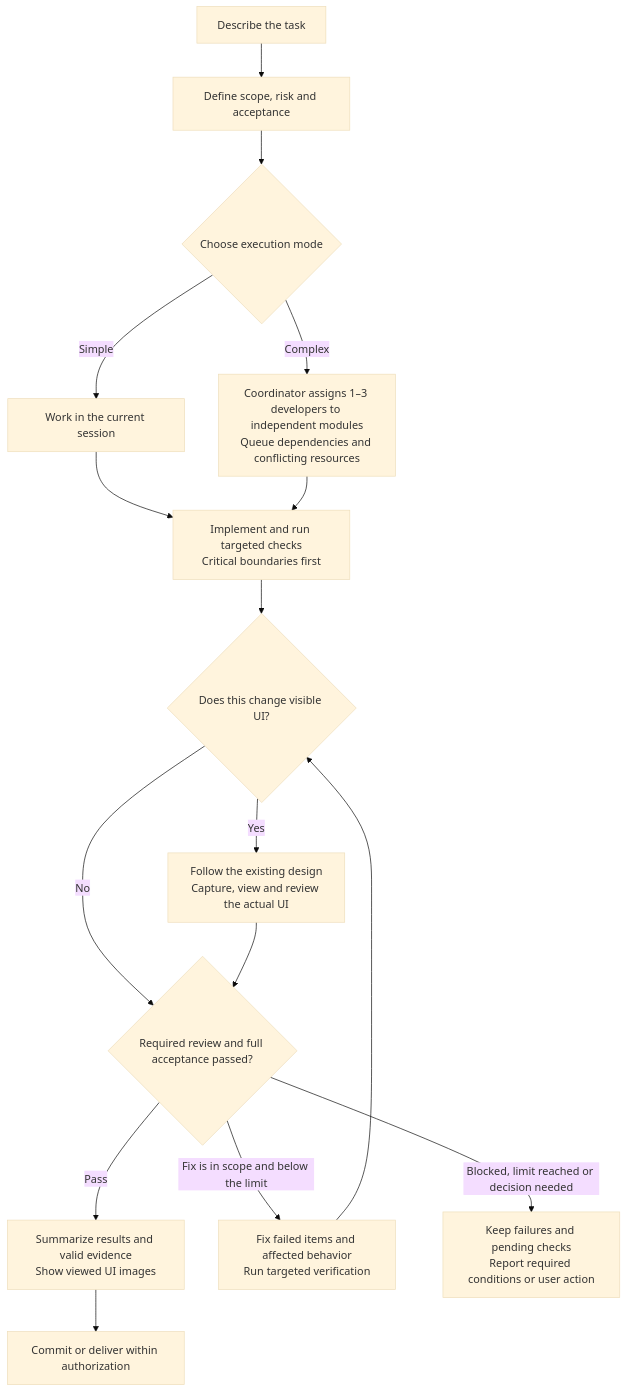
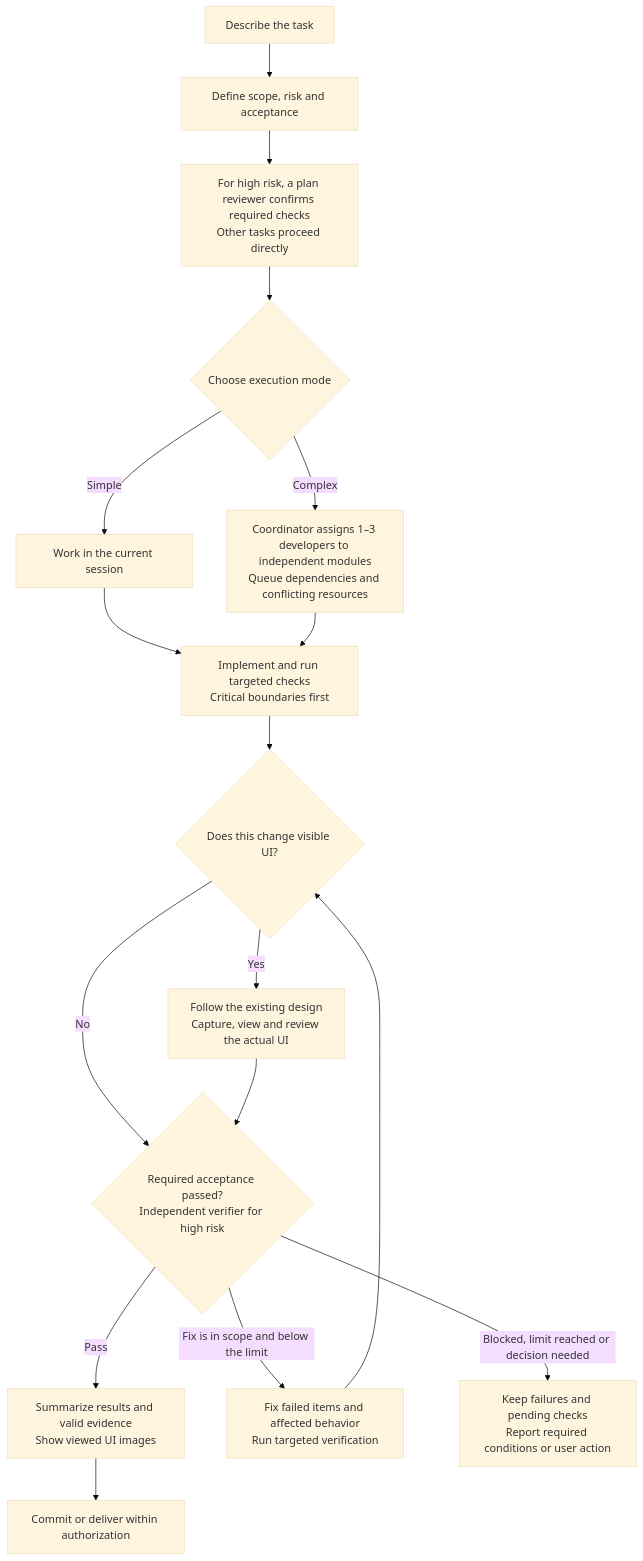
One commit to wzm111/pipeline-standard changed the first of 2 diagrams in docs/README.en.md. Above: the diagram before and after it, drawn with Mermaid (base theme). The commit also changed other lines of this file and 1 other file, not shown here.

Commit message:
更新中英文 README 的双专家评审流程

````diff
--- a/docs/README.en.md
+++ b/docs/README.en.md
@@ -65,18 +65,19 @@
 ```mermaid
 flowchart TD
     A["Describe the task"] --> B["Define scope, risk and acceptance"]
-    B --> I{"Choose execution mode"}
+    B --> R["For high risk, a plan reviewer confirms required checks<br/>Other tasks proceed directly"]
+    R --> I{"Choose execution mode"}
     I -->|Simple| J["Work in the current session"]
     I -->|Complex| K["Coordinator assigns 1–3 developers to independent modules<br/>Queue dependencies and conflicting resources"]
     J --> C["Implement and run targeted checks<br/>Critical boundaries first"]
     K --> C
     C --> U{"Does this change visible UI?"}
     U -->|Yes| V["Follow the existing design<br/>Capture, view and review the actual UI"]
-    U -->|No| D{"Required review and full acceptance passed?"}
+    U -->|No| D{"Required acceptance passed?<br/>Independent verifier for high risk"}
     V --> D
     D -->|Pass| E["Summarize results and valid evidence<br/>Show viewed UI images"]
     D -->|Fix is in scope and below the limit| G["Fix failed items and affected behavior<br/>Run targeted verification"]
     G --> U
     D -->|Blocked, limit reached or decision needed| H["Keep failures and pending checks<br/>Report required conditions or user action"]
     E --> F["Commit or deliver within authorization"]
 ```
````
